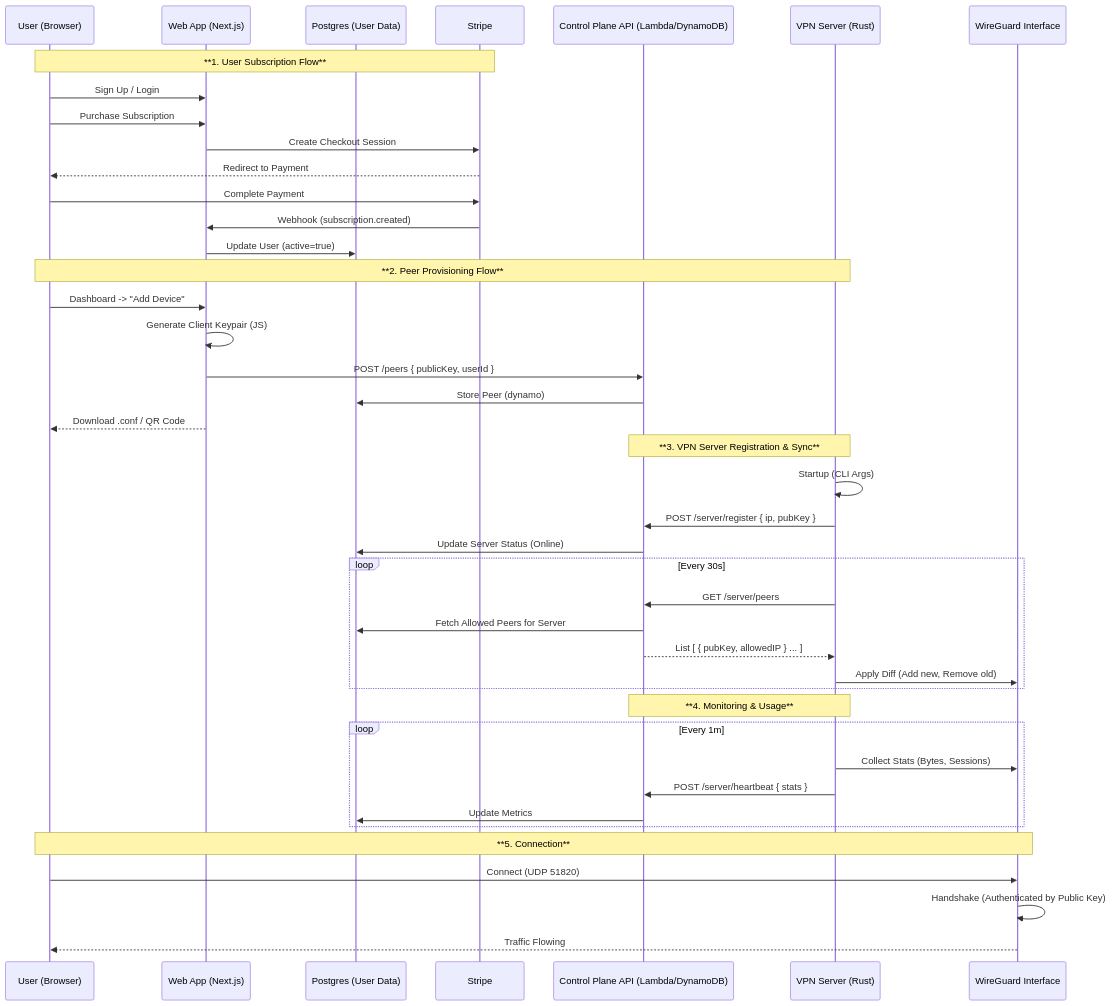
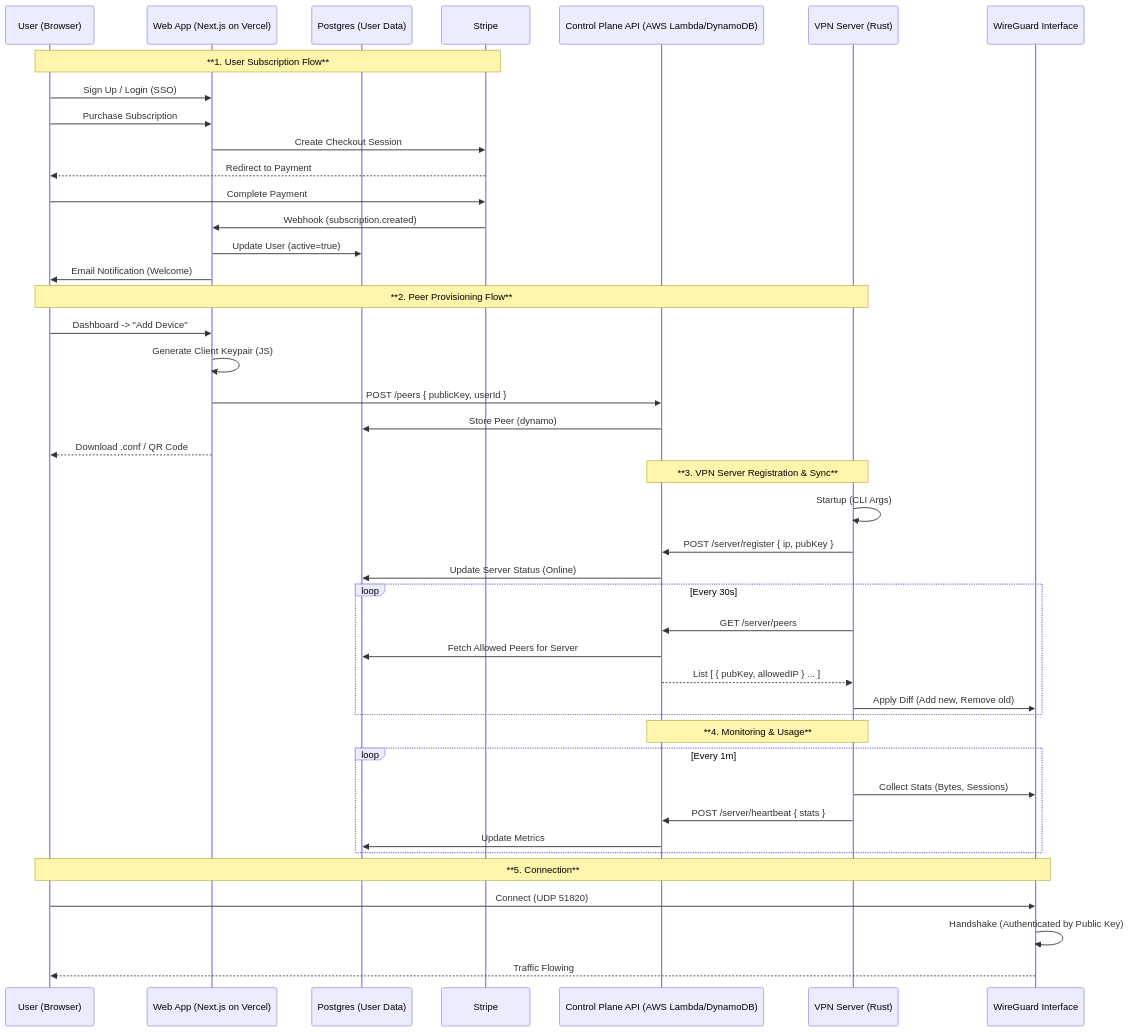
The diagram in docs/PROJECT_SPEC.md (xnetcat/vpnVPN), drawn with Mermaid before and after one commit. The commit also changed other lines of this file and 4 other files, not shown here.

````diff
--- a/docs/PROJECT_SPEC.md
+++ b/docs/PROJECT_SPEC.md
@@ -84,50 +90,51 @@
 ```mermaid
 sequenceDiagram
     participant U as User (Browser)
-    participant F as Web App (Next.js)
+    participant F as Web App (Next.js on Vercel)
     participant DB as Postgres (User Data)
     participant S as Stripe
-    participant CP as Control Plane API (Lambda/DynamoDB)
+    participant CP as Control Plane API (AWS Lambda/DynamoDB)
     participant VPN as VPN Server (Rust)
     participant WG as WireGuard Interface
 
     Note over U, S: **1. User Subscription Flow**
-    U->>F: Sign Up / Login
+    U->>F: Sign Up / Login (SSO)
     U->>F: Purchase Subscription
     F->>S: Create Checkout Session
     S-->>U: Redirect to Payment
     U->>S: Complete Payment
     S->>F: Webhook (subscription.created)
     F->>DB: Update User (active=true)
+    F->>U: Email Notification (Welcome)
 
     Note over U, VPN: **2. Peer Provisioning Flow**
     U->>F: Dashboard -> "Add Device"
     F->>F: Generate Client Keypair (JS)
     F->>CP: POST /peers { publicKey, userId }
     CP->>DB: Store Peer (dynamo)
     F-->>U: Download .conf / QR Code
 
     Note over VPN, CP: **3. VPN Server Registration & Sync**
     VPN->>VPN: Startup (CLI Args)
     VPN->>CP: POST /server/register { ip, pubKey }
     CP->>DB: Update Server Status (Online)
 
     loop Every 30s
         VPN->>CP: GET /server/peers
         CP->>DB: Fetch Allowed Peers for Server
         CP-->>VPN: List [ { pubKey, allowedIP } ... ]
         VPN->>WG: Apply Diff (Add new, Remove old)
     end
 
     Note over VPN, CP: **4. Monitoring & Usage**
     loop Every 1m
         VPN->>WG: Collect Stats (Bytes, Sessions)
         VPN->>CP: POST /server/heartbeat { stats }
         CP->>DB: Update Metrics
     end
 
     Note over U, WG: **5. Connection**
     U->>WG: Connect (UDP 51820)
     WG->>WG: Handshake (Authenticated by Public Key)
     WG-->>U: Traffic Flowing
 ```
````
